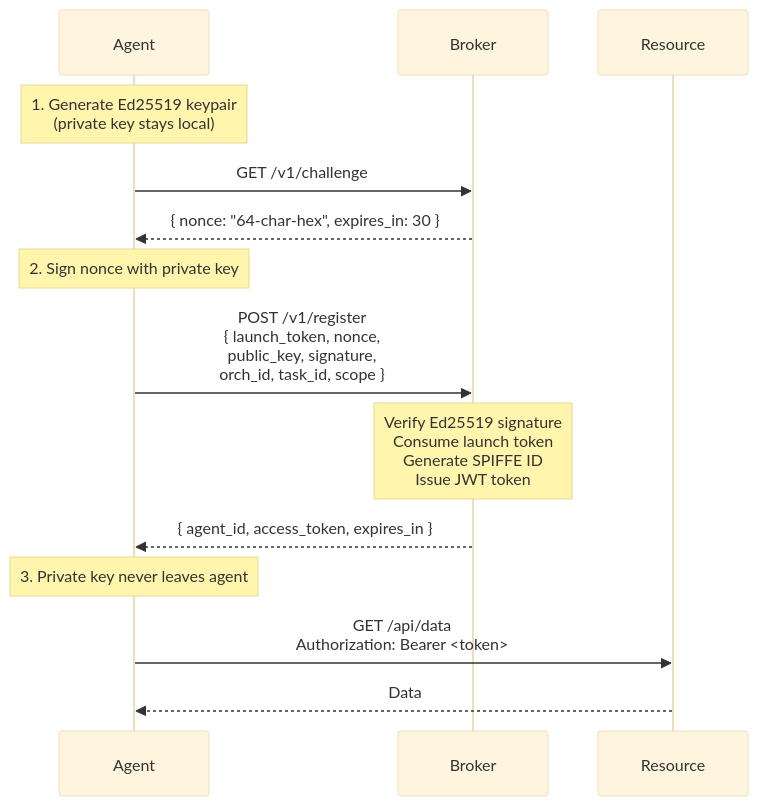
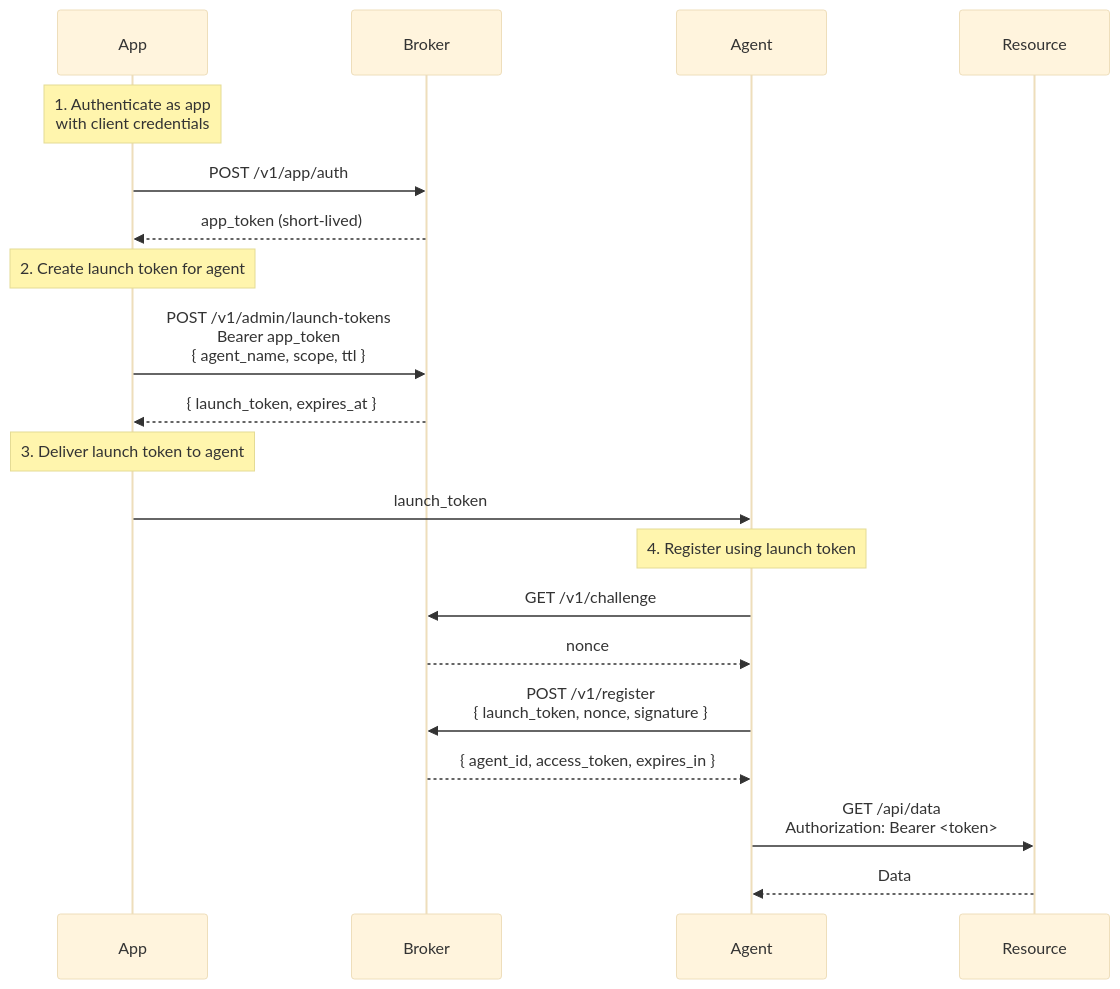
Before and after one commit to devonartis/agentwrit: the sixth of 6 diagrams in docs/integration-patterns.md, drawn with Mermaid (base theme). The commit also changed other lines of this file and 21 other files, not shown here.

````diff
--- a/docs/integration-patterns.md
+++ b/docs/integration-patterns.md
@@ -1646,24 +1637,33 @@
 ```mermaid
 sequenceDiagram
+    participant App
+    participant Broker
     participant Agent
-    participant Broker
     participant Resource
 
-    Note over Agent: 1. Generate Ed25519 keypair<br/>(private key stays local)
+    Note over App: 1. Authenticate as app<br/>with client credentials
+
+    App->>Broker: POST /v1/app/auth
+    Broker-->>App: app_token (short-lived)
+
+    Note over App: 2. Create launch token for agent
+
+    App->>Broker: POST /v1/admin/launch-tokens<br/>Bearer app_token<br/>{ agent_name, scope, ttl }
+
+    Broker-->>App: { launch_token, expires_at }
+
+    Note over App: 3. Deliver launch token to agent
+
+    App->>Agent: launch_token
+
+    Note over Agent: 4. Register using launch token
 
     Agent->>Broker: GET /v1/challenge
-    Broker-->>Agent: { nonce: "64-char-hex", expires_in: 30 }
+    Broker-->>Agent: nonce
 
-    Note over Agent: 2. Sign nonce with private key
-
-    Agent->>Broker: POST /v1/register<br/>{ launch_token, nonce,<br/>public_key, signature,<br/>orch_id, task_id, scope }
-
-    Note over Broker: Verify Ed25519 signature<br/>Consume launch token<br/>Generate SPIFFE ID<br/>Issue JWT token
-
+    Agent->>Broker: POST /v1/register<br/>{ launch_token, nonce, signature }
     Broker-->>Agent: { agent_id, access_token, expires_in }
-
-    Note over Agent: 3. Private key never leaves agent
 
     Agent->>Resource: GET /api/data<br/>Authorization: Bearer <token>
     Resource-->>Agent: Data
 ```
````
